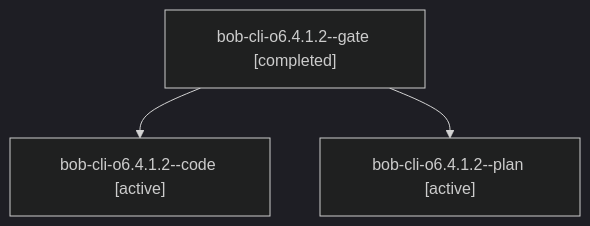
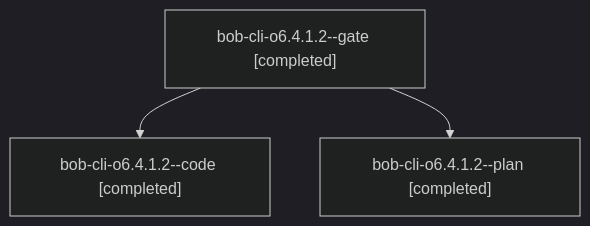
The diagram in sessions/bbugyi200.athena.bob-cli-o6.4.1.2.md (bobs-org/bob-cli--agents), drawn with Mermaid (dark theme) before and after one commit. The commit also changed other lines of this file and 48 other files, not shown here.

````diff
--- a/sessions/bbugyi200.athena.bob-cli-o6.4.1.2.md
+++ b/sessions/bbugyi200.athena.bob-cli-o6.4.1.2.md
@@ -9,8 +9,8 @@
 ```mermaid
 flowchart TD
   n0["bob-cli-o6.4.1.2--gate [completed]"]
-  n1["bob-cli-o6.4.1.2--code [active]"]
+  n1["bob-cli-o6.4.1.2--code [completed]"]
   n0 --> n1
-  n2["bob-cli-o6.4.1.2--plan [active]"]
+  n2["bob-cli-o6.4.1.2--plan [completed]"]
   n0 --> n2
 ```
````
